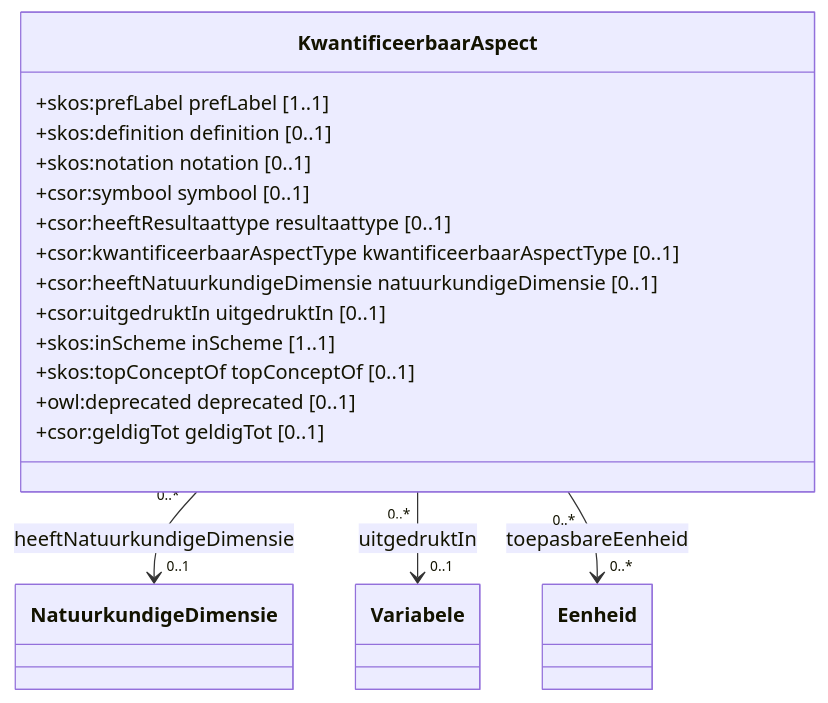
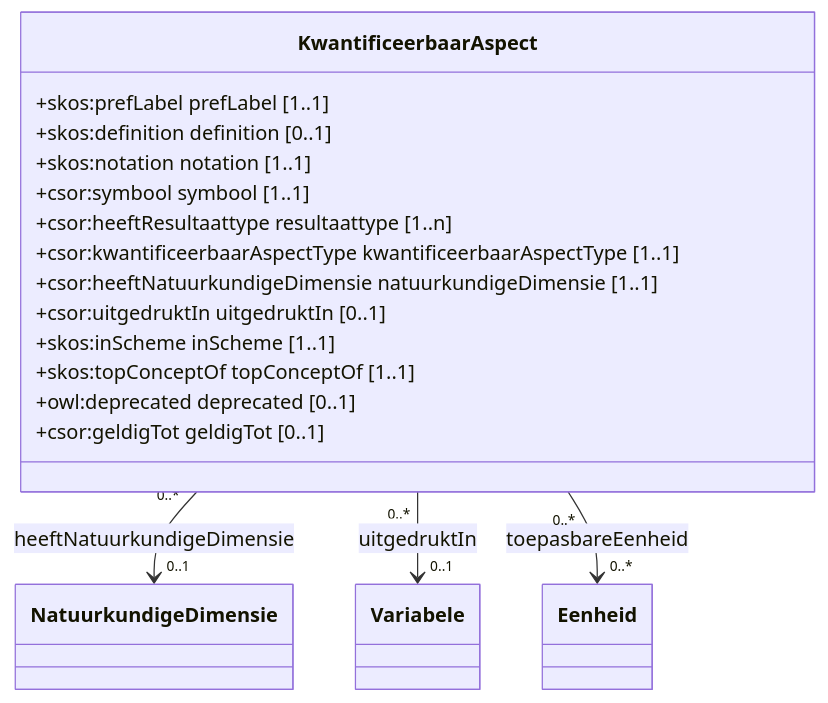
One commit to milieuinfo/codelijst-csor-config changed the diagram in docs/codelijsten/kwantificeerbaaraspect.md. Above: the diagram before and after it, drawn with Mermaid. The commit also changed 9 other files, not shown here.

````diff
--- a/docs/codelijsten/kwantificeerbaaraspect.md
+++ b/docs/codelijsten/kwantificeerbaaraspect.md
@@ -8,20 +8,20 @@
 ```mermaid
 classDiagram
     class KwantificeerbaarAspect {
         +skos:prefLabel prefLabel [1..1]
         +skos:definition definition [0..1]
-        +skos:notation notation [0..1]
-        +csor:symbool symbool [0..1]
-        +csor:heeftResultaattype resultaattype [0..1]
-        +csor:kwantificeerbaarAspectType kwantificeerbaarAspectType [0..1]
-        +csor:heeftNatuurkundigeDimensie natuurkundigeDimensie [0..1]
+        +skos:notation notation [1..1]
+        +csor:symbool symbool [1..1]
+        +csor:heeftResultaattype resultaattype [1..n]
+        +csor:kwantificeerbaarAspectType kwantificeerbaarAspectType [1..1]
+        +csor:heeftNatuurkundigeDimensie natuurkundigeDimensie [1..1]
         +csor:uitgedruktIn uitgedruktIn [0..1]
         +skos:inScheme inScheme [1..1]
-        +skos:topConceptOf topConceptOf [0..1]
+        +skos:topConceptOf topConceptOf [1..1]
         +owl:deprecated deprecated [0..1]
         +csor:geldigTot geldigTot [0..1]
     }
     KwantificeerbaarAspect "0..*" --> "0..1" NatuurkundigeDimensie : heeftNatuurkundigeDimensie
     KwantificeerbaarAspect "0..*" --> "0..1" Variabele : uitgedruktIn
     KwantificeerbaarAspect "0..*" --> "0..*" Eenheid : toepasbareEenheid
 ```
````
